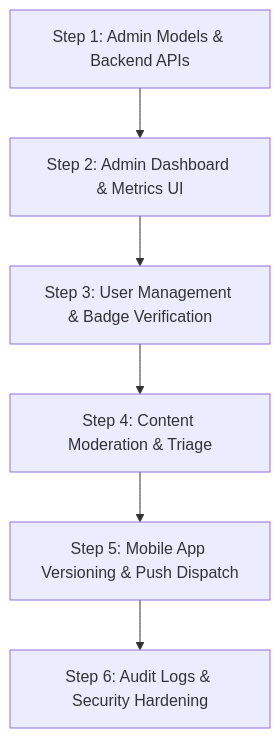
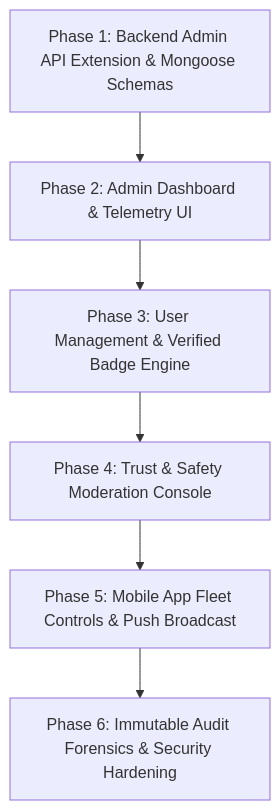
The diagram in ADMIN_PANEL_UNIFIED_ARCHITECTURE.md (subhan716/devhub), drawn with Mermaid before and after one commit. The commit also changed other lines of this file, not shown here.

Commit message:
docs: expand unified admin architecture to deep LinkedIn and Meta-grade enterprise standards

````diff
--- a/ADMIN_PANEL_UNIFIED_ARCHITECTURE.md
+++ b/ADMIN_PANEL_UNIFIED_ARCHITECTURE.md
@@ -223,8 +434,8 @@
 ```mermaid
 graph TD
-    A[Step 1: Admin Models & Backend APIs] --> B[Step 2: Admin Dashboard & Metrics UI]
-    B --> C[Step 3: User Management & Badge Verification]
-    C --> D[Step 4: Content Moderation & Triage]
-    D --> E[Step 5: Mobile App Versioning & Push Dispatch]
-    E --> F[Step 6: Audit Logs & Security Hardening]
+    A[Phase 1: Backend Admin API Extension & Mongoose Schemas] --> B[Phase 2: Admin Dashboard & Telemetry UI]
+    B --> C[Phase 3: User Management & Verified Badge Engine]
+    C --> D[Phase 4: Trust & Safety Moderation Console]
+    D --> E[Phase 5: Mobile App Fleet Controls & Push Broadcast]
+    E --> F[Phase 6: Immutable Audit Forensics & Security Hardening]
 ```
````
